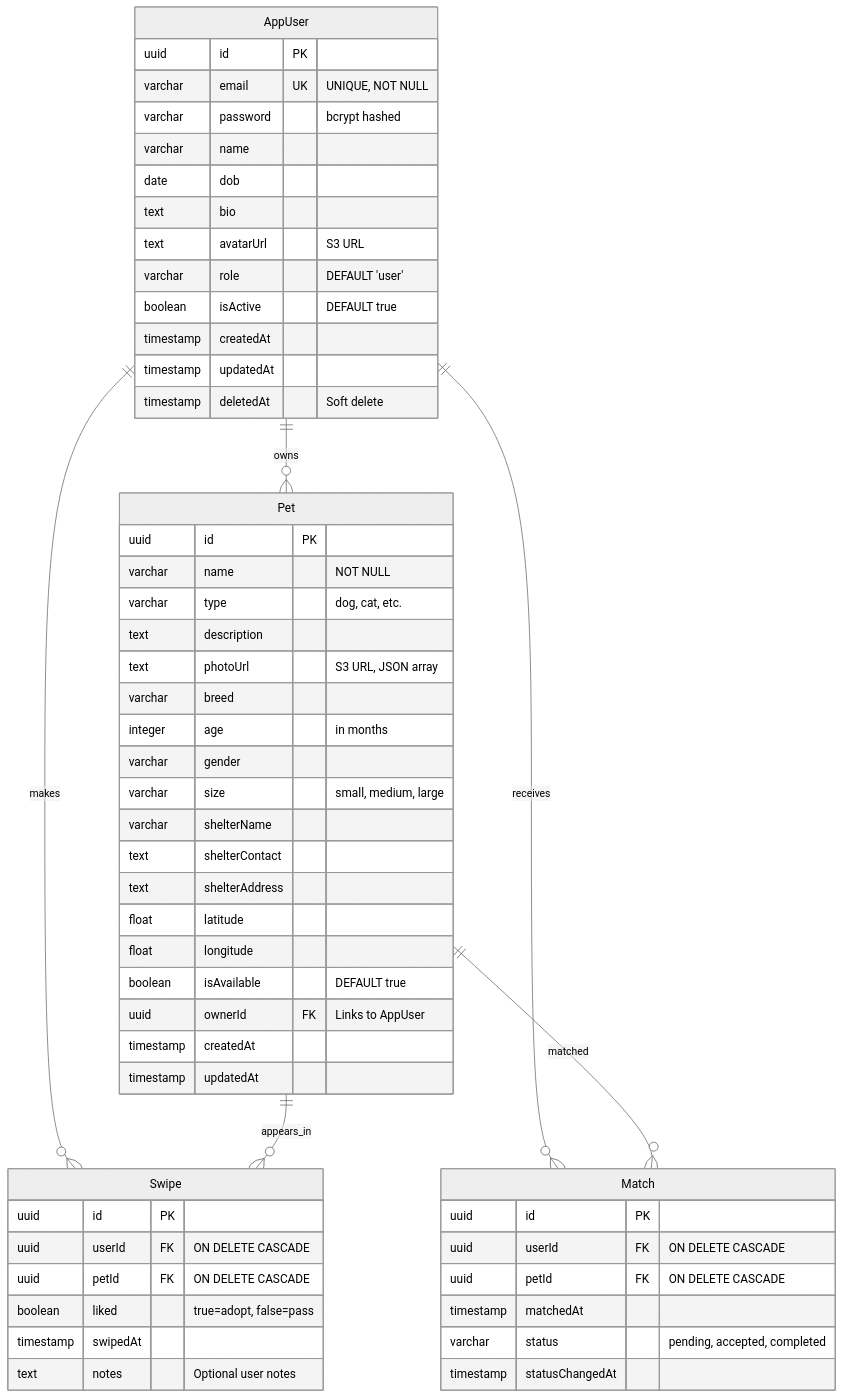
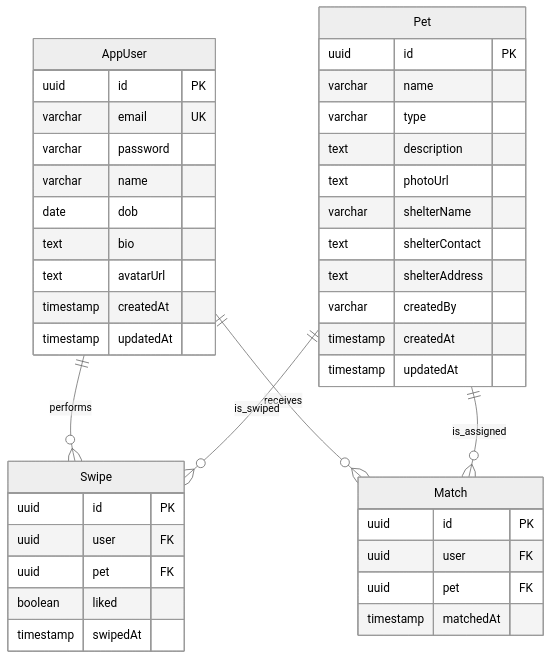
The fifth of 5 diagrams in ARCHITECTURE.md (hoangsonww/PetSwipe-Match-App), drawn with Mermaid (neutral theme) before and after one commit. The commit also changed other lines of this file, not shown here.

Commit message:
docs: refresh architecture overview

````diff
--- a/ARCHITECTURE.md
+++ b/ARCHITECTURE.md
@@ -619,61 +162,48 @@
 ```mermaid
 erDiagram
-    AppUser ||--o{ Swipe : "makes"
-    AppUser ||--o{ Match : "receives"
-    AppUser ||--o{ Pet : "owns"
+    AppUser ||--o{ Swipe : performs
+    AppUser ||--o{ Match : receives
+    Pet ||--o{ Swipe : is_swiped
+    Pet ||--o{ Match : is_assigned
+
     AppUser {
         uuid id PK
-        varchar email UK "UNIQUE, NOT NULL"
-        varchar password "bcrypt hashed"
+        varchar email UK
+        varchar password
         varchar name
         date dob
         text bio
-        text avatarUrl "S3 URL"
-        varchar role "DEFAULT 'user'"
-        boolean isActive "DEFAULT true"
+        text avatarUrl
         timestamp createdAt
         timestamp updatedAt
-        timestamp deletedAt "Soft delete"
     }
 
-    Pet ||--o{ Swipe : "appears_in"
-    Pet ||--o{ Match : "matched"
     Pet {
         uuid id PK
-        varchar name "NOT NULL"
-        varchar type "dog, cat, etc."
+        varchar name
+        varchar type
         text description
-        text photoUrl "S3 URL, JSON array"
-        varchar breed
-        integer age "in months"
-        varchar gender
-        varchar size "small, medium, large"
+        text photoUrl
         varchar shelterName
         text shelterContact
         text shelterAddress
-        float latitude
-        float longitude
-        boolean isAvailable "DEFAULT true"
-        uuid ownerId FK "Links to AppUser"
+        varchar createdBy
         timestamp createdAt
         timestamp updatedAt
     }
 
     Swipe {
         uuid id PK
-        uuid userId FK "ON DELETE CASCADE"
-        uuid petId FK "ON DELETE CASCADE"
-        boolean liked "true=adopt, false=pass"
+        uuid user FK
+        uuid pet FK
+        boolean liked
         timestamp swipedAt
-        text notes "Optional user notes"
     }
 
     Match {
         uuid id PK
-        uuid userId FK "ON DELETE CASCADE"
-        uuid petId FK "ON DELETE CASCADE"
+        uuid user FK
+        uuid pet FK
         timestamp matchedAt
-        varchar status "pending, accepted, completed"
-        timestamp statusChangedAt
     }
 ```
````
